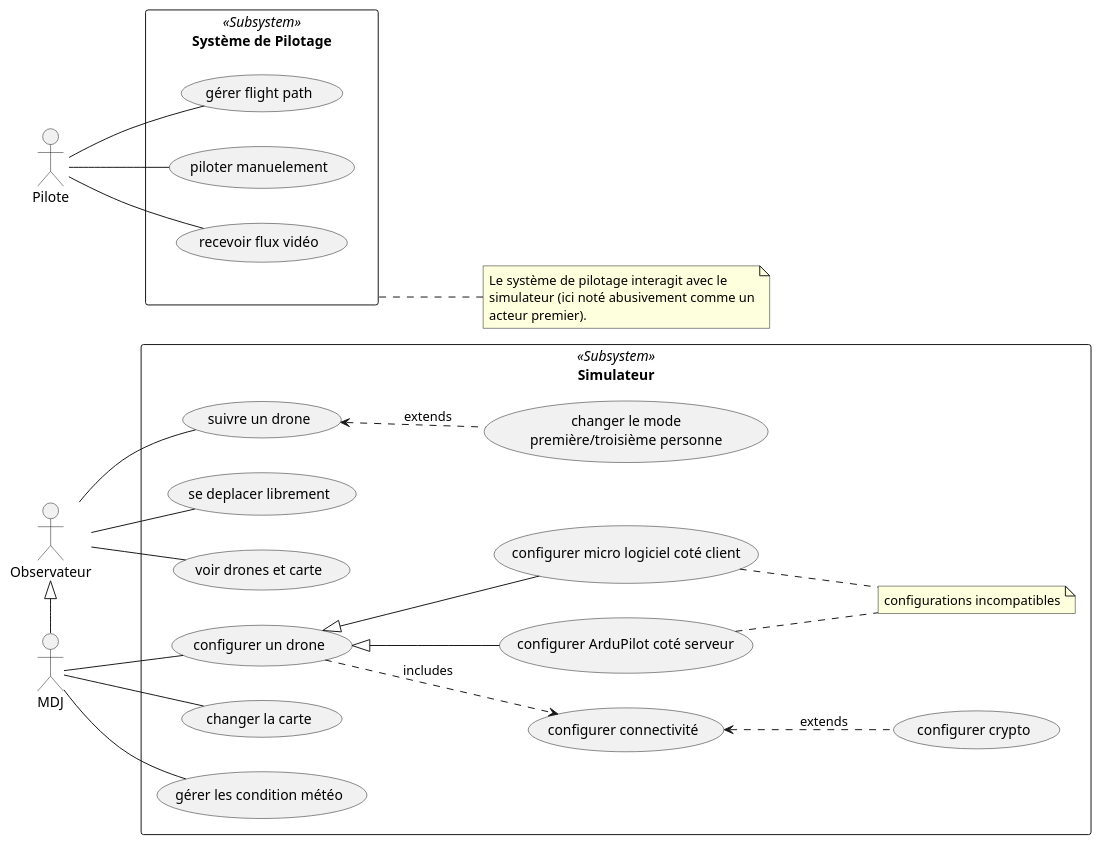
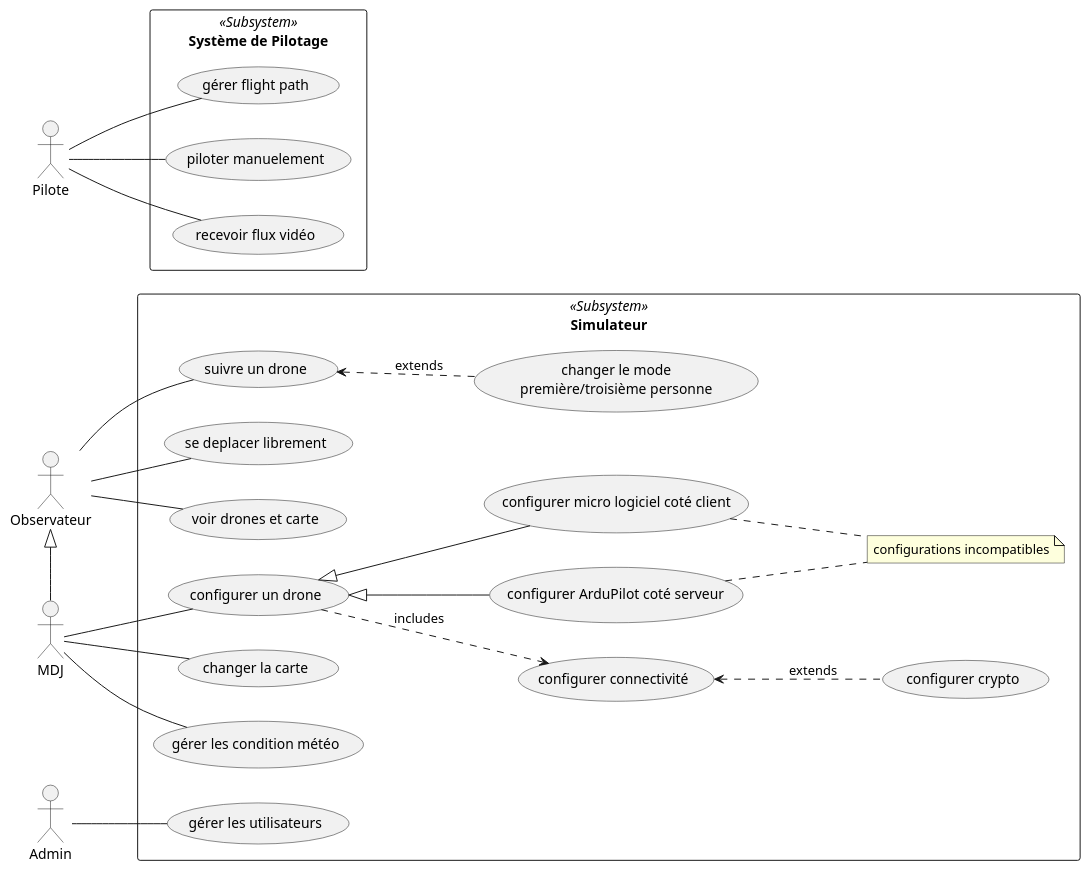
The diagram in doc/simulateur_uc.puml (tombartos/SAE-DRONE), drawn with PlantUML before and after one commit.

Commit message:
Ajout de l'admin

```diff
--- a/doc/simulateur_uc.puml
+++ b/doc/simulateur_uc.puml
@@ -1,54 +1,53 @@
 @startuml
 
 left to right direction
 
 actor Observateur
 actor MDJ
 actor Pilote
+actor Admin
 'actor Admin
 
 rectangle "Système de Pilotage" <<Subsystem>> as SysPilot {
     Pilote -- (gérer flight path)
     Pilote -- (piloter manuelement)
     Pilote -- (recevoir flux vidéo)
 }
 
-note right of SysPilot
-Le système de pilotage interagit avec le
-simulateur (ici noté abusivement comme un
-acteur premier).
-end note
+
 
 MDJ -left-|> Observateur
 
 rectangle Simulateur <<Subsystem>> {
 
     usecase (suivre un drone) as follow_drone
 
     follow_drone <.down. (changer le mode\npremière/troisième personne) : extends
 
     Observateur -- (se deplacer librement)
     Observateur -- (voir drones et carte)
     Observateur -- follow_drone
 
     usecase (configurer un drone) as cfg_drone
     usecase (configurer connectivité) as cfg_conn
     usecase (configurer crypto) as cfg_crypt
     usecase (configurer ArduPilot coté serveur) as cfg_ardu_ss
     usecase (configurer micro logiciel coté client) as cfg_ardu_cs
     note "configurations incompatibles" as mutex1
 
     cfg_drone .down.> cfg_conn : includes
     cfg_conn <.down. cfg_crypt : extends
     cfg_drone <|-- cfg_ardu_ss 
     cfg_drone <|-- cfg_ardu_cs 
     cfg_ardu_ss .. mutex1
     cfg_ardu_cs .. mutex1
 
     MDJ -- (changer la carte)
     MDJ -- (gérer les condition météo)
     MDJ -- cfg_drone
 
+    Admin -- (gérer les utilisateurs)
+
 }
 
 @enduml
```
